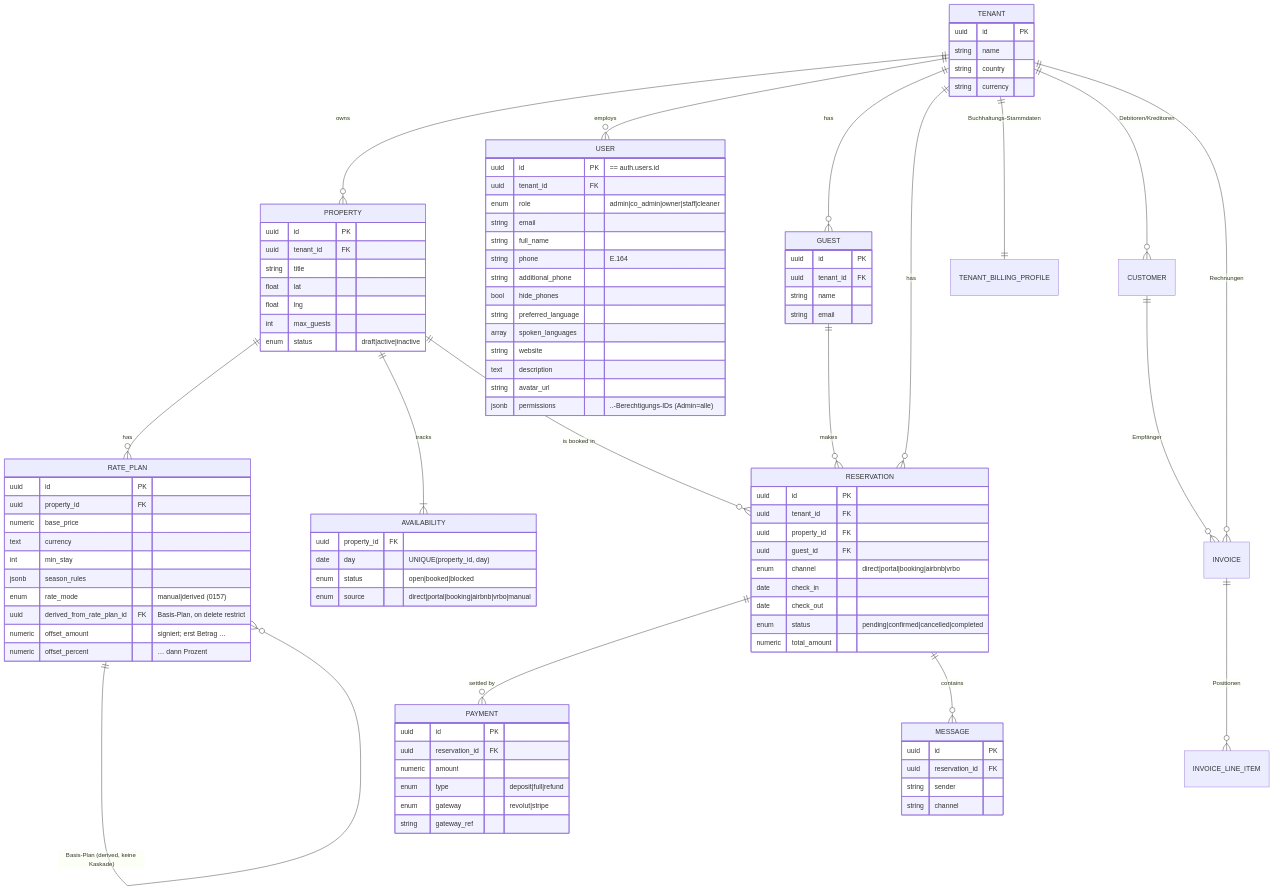
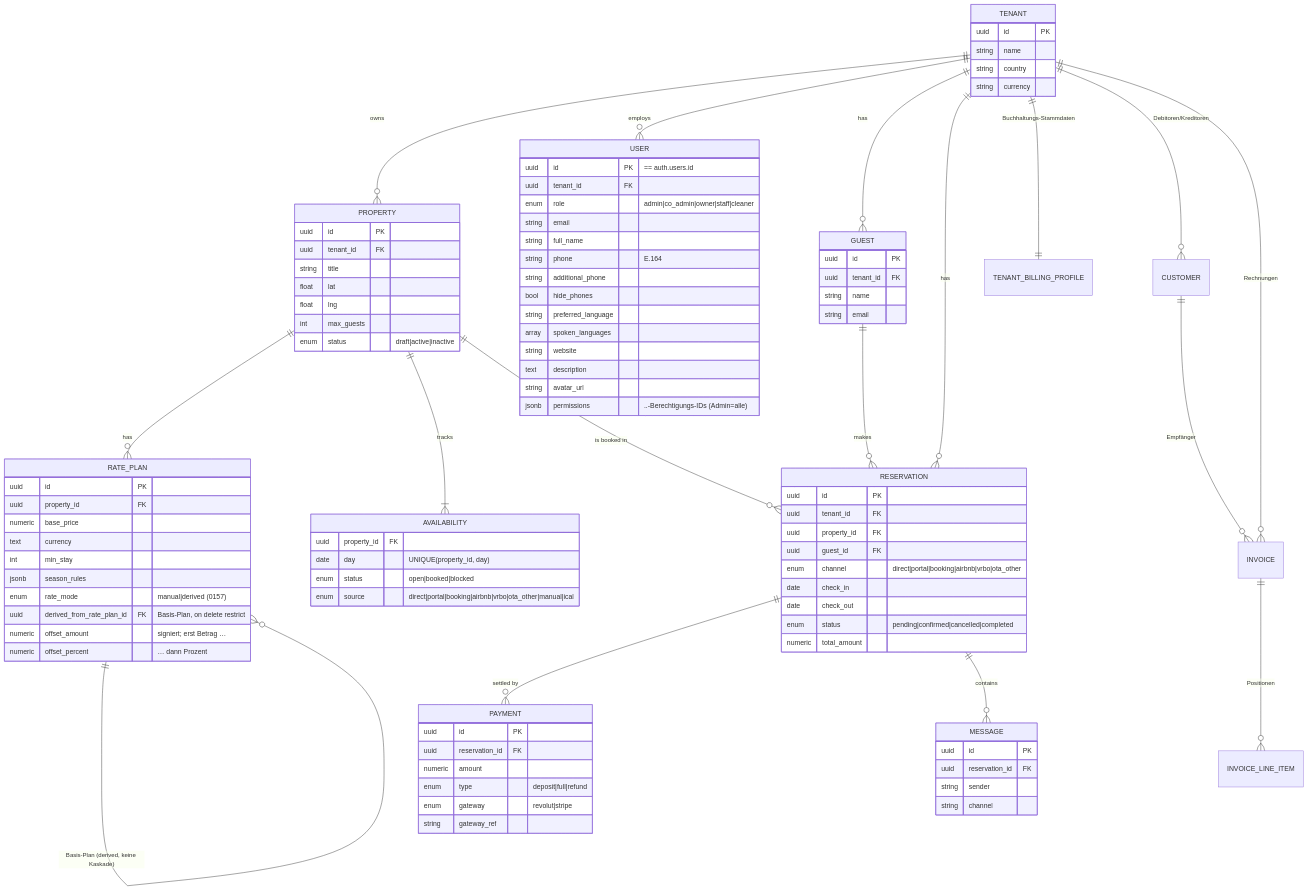
Before and after one commit to Andy1234567890-cmyk/NextDays: the fifth of 17 diagrams in docs/ARCHITECTURE.md, drawn with Mermaid. The commit also changed other lines of this file and 133 other files, not shown here.

```diff
--- a/docs/ARCHITECTURE.md
+++ b/docs/ARCHITECTURE.md
@@ -320,7 +320,7 @@
         uuid property_id FK
         date day "UNIQUE(property_id, day)"
         enum status "open|booked|blocked"
-        enum source "direct|portal|booking|airbnb|vrbo|manual"
+        enum source "direct|portal|booking|airbnb|vrbo|ota_other|manual|ical"
     }
     GUEST {
         uuid id PK
@@ -333,7 +333,7 @@
         uuid tenant_id FK
         uuid property_id FK
         uuid guest_id FK
-        enum channel "direct|portal|booking|airbnb|vrbo"
+        enum channel "direct|portal|booking|airbnb|vrbo|ota_other"
         date check_in
         date check_out
         enum status "pending|confirmed|cancelled|completed"
```
